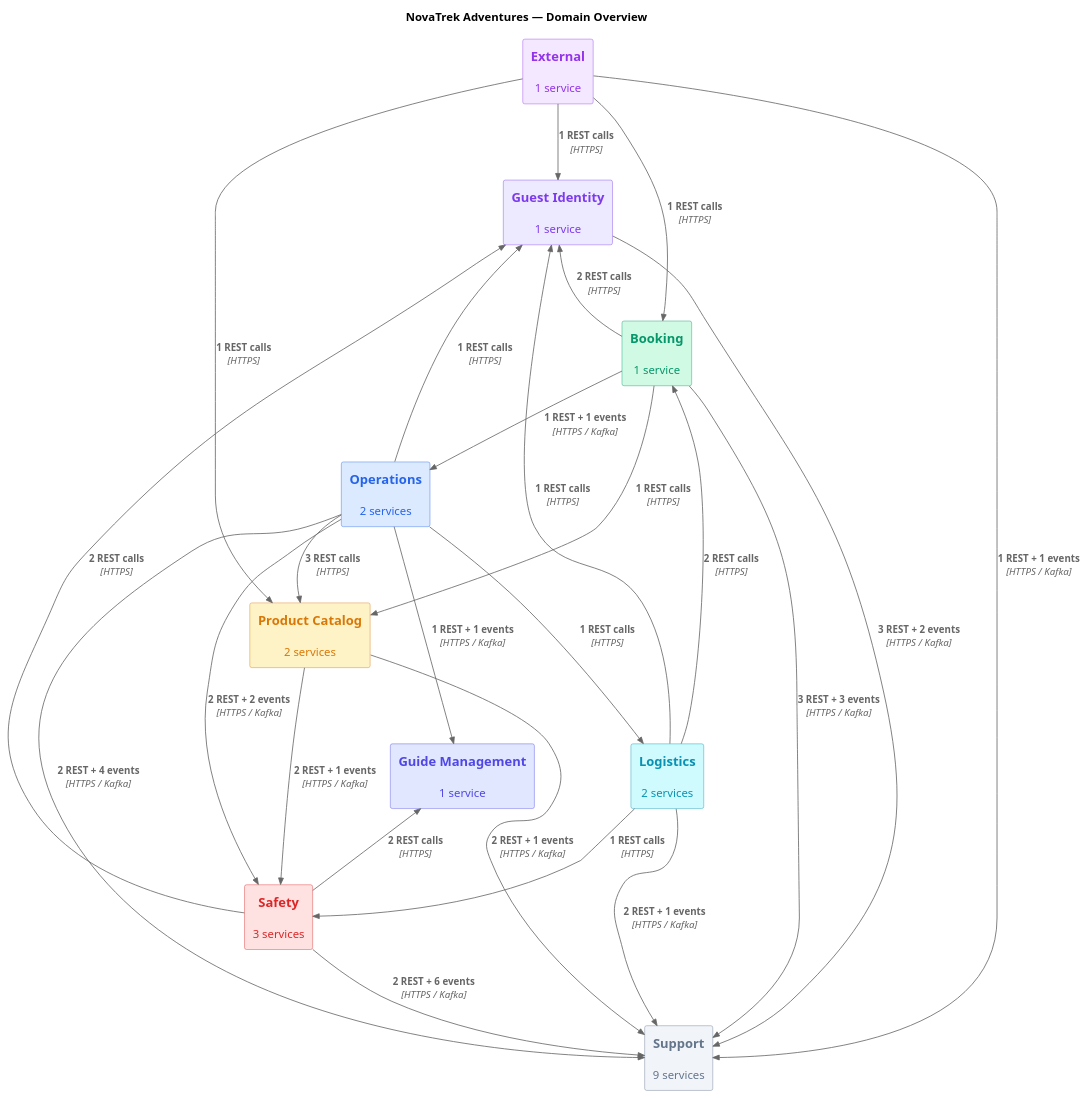
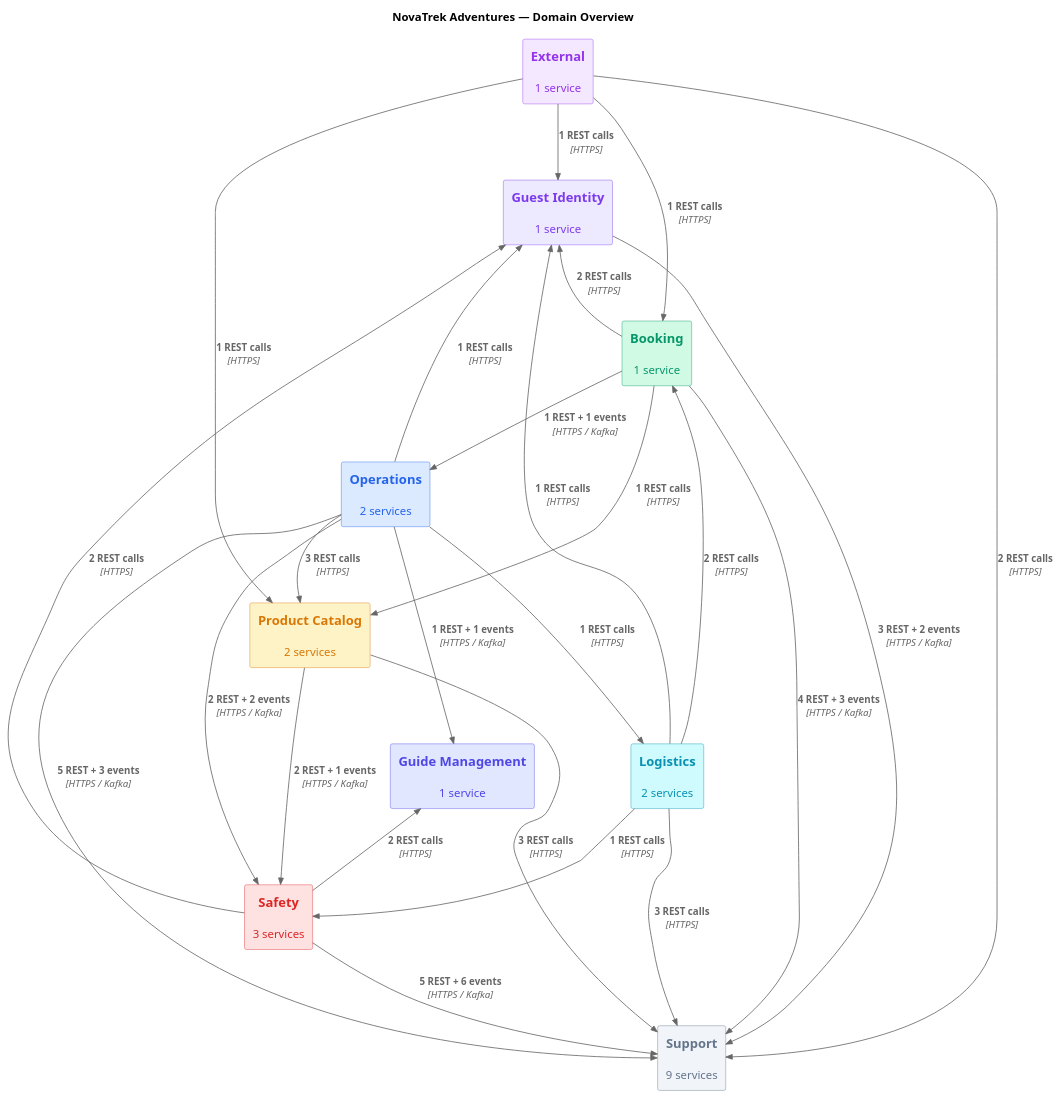
The diagram in portal/docs/topology/puml/topology-domain-overview.puml (christopherblaisdell/continuous-architecture-platform-poc), drawn with PlantUML before and after one commit. The commit also changed 22 other files, not shown here.

```diff
--- a/portal/docs/topology/puml/topology-domain-overview.puml
+++ b/portal/docs/topology/puml/topology-domain-overview.puml
@@ -1,66 +1,66 @@
 @startuml
 !include <c4/C4_Context>
 
 LAYOUT_TOP_DOWN()
 HIDE_STEREOTYPE()
 
 AddRelTag("kafka", $lineStyle=DashedLine(), $lineColor="#7c3aed", $textColor="#7c3aed")
 
 title NovaTrek Adventures — Domain Overview
 
 AddElementTag("Booking", $bgColor="#D1FAE5", $borderColor="#059669", $fontColor="#059669")
 AddElementTag("External", $bgColor="#F3E8FF", $borderColor="#9333ea", $fontColor="#9333ea")
 AddElementTag("Guest_Identity", $bgColor="#EDE9FE", $borderColor="#7c3aed", $fontColor="#7c3aed")
 AddElementTag("Guide_Management", $bgColor="#E0E7FF", $borderColor="#4f46e5", $fontColor="#4f46e5")
 AddElementTag("Logistics", $bgColor="#CFFAFE", $borderColor="#0891b2", $fontColor="#0891b2")
 AddElementTag("Operations", $bgColor="#DBEAFE", $borderColor="#2563eb", $fontColor="#2563eb")
 AddElementTag("Product_Catalog", $bgColor="#FEF3C7", $borderColor="#d97706", $fontColor="#d97706")
 AddElementTag("Safety", $bgColor="#FEE2E2", $borderColor="#dc2626", $fontColor="#dc2626")
 AddElementTag("Support", $bgColor="#F1F5F9", $borderColor="#64748b", $fontColor="#64748b")
 
 System(Booking, "Booking", "1 service", $link="/topology/domain-views/#booking", $tags="Booking")
 System(External, "External", "1 service", $link="/topology/domain-views/#external", $tags="External")
 System(Guest_Identity, "Guest Identity", "1 service", $link="/topology/domain-views/#guest-identity", $tags="Guest_Identity")
 System(Guide_Management, "Guide Management", "1 service", $link="/topology/domain-views/#guide-management", $tags="Guide_Management")
 System(Logistics, "Logistics", "2 services", $link="/topology/domain-views/#logistics", $tags="Logistics")
 System(Operations, "Operations", "2 services", $link="/topology/domain-views/#operations", $tags="Operations")
 System(Product_Catalog, "Product Catalog", "2 services", $link="/topology/domain-views/#product-catalog", $tags="Product_Catalog")
 System(Safety, "Safety", "3 services", $link="/topology/domain-views/#safety", $tags="Safety")
 System(Support, "Support", "9 services", $link="/topology/domain-views/#support", $tags="Support")
 
 Rel(Booking, Guest_Identity, "2 REST calls", "HTTPS")
 Rel(Booking, Operations, "1 REST + 1 events", "HTTPS / Kafka")
 Rel(Booking, Product_Catalog, "1 REST calls", "HTTPS")
-Rel(Booking, Support, "3 REST + 3 events", "HTTPS / Kafka")
+Rel(Booking, Support, "4 REST + 3 events", "HTTPS / Kafka")
 Rel(External, Booking, "1 REST calls", "HTTPS")
 Rel(External, Guest_Identity, "1 REST calls", "HTTPS")
 Rel(External, Product_Catalog, "1 REST calls", "HTTPS")
-Rel(External, Support, "1 REST + 1 events", "HTTPS / Kafka")
+Rel(External, Support, "2 REST calls", "HTTPS")
 Rel(Guest_Identity, Support, "3 REST + 2 events", "HTTPS / Kafka")
 Rel(Logistics, Booking, "2 REST calls", "HTTPS")
 Rel(Logistics, Guest_Identity, "1 REST calls", "HTTPS")
 Rel(Logistics, Safety, "1 REST calls", "HTTPS")
-Rel(Logistics, Support, "2 REST + 1 events", "HTTPS / Kafka")
+Rel(Logistics, Support, "3 REST calls", "HTTPS")
 Rel(Operations, Guest_Identity, "1 REST calls", "HTTPS")
 Rel(Operations, Guide_Management, "1 REST + 1 events", "HTTPS / Kafka")
 Rel(Operations, Logistics, "1 REST calls", "HTTPS")
 Rel(Operations, Product_Catalog, "3 REST calls", "HTTPS")
 Rel(Operations, Safety, "2 REST + 2 events", "HTTPS / Kafka")
-Rel(Operations, Support, "2 REST + 4 events", "HTTPS / Kafka")
+Rel(Operations, Support, "5 REST + 3 events", "HTTPS / Kafka")
 Rel(Product_Catalog, Safety, "2 REST + 1 events", "HTTPS / Kafka")
-Rel(Product_Catalog, Support, "2 REST + 1 events", "HTTPS / Kafka")
+Rel(Product_Catalog, Support, "3 REST calls", "HTTPS")
 Rel(Safety, Guest_Identity, "2 REST calls", "HTTPS")
 Rel(Safety, Guide_Management, "2 REST calls", "HTTPS")
-Rel(Safety, Support, "2 REST + 6 events", "HTTPS / Kafka")
+Rel(Safety, Support, "5 REST + 6 events", "HTTPS / Kafka")
 
 ' Layout hints: 3-row grid
 Lay_R(External, Guest_Identity)
 Lay_R(Guest_Identity, Booking)
 Lay_D(External, Product_Catalog)
 Lay_R(Product_Catalog, Operations)
 Lay_R(Operations, Safety)
 Lay_D(Product_Catalog, Guide_Management)
 Lay_R(Guide_Management, Logistics)
 Lay_R(Logistics, Support)
 
 @enduml
```
